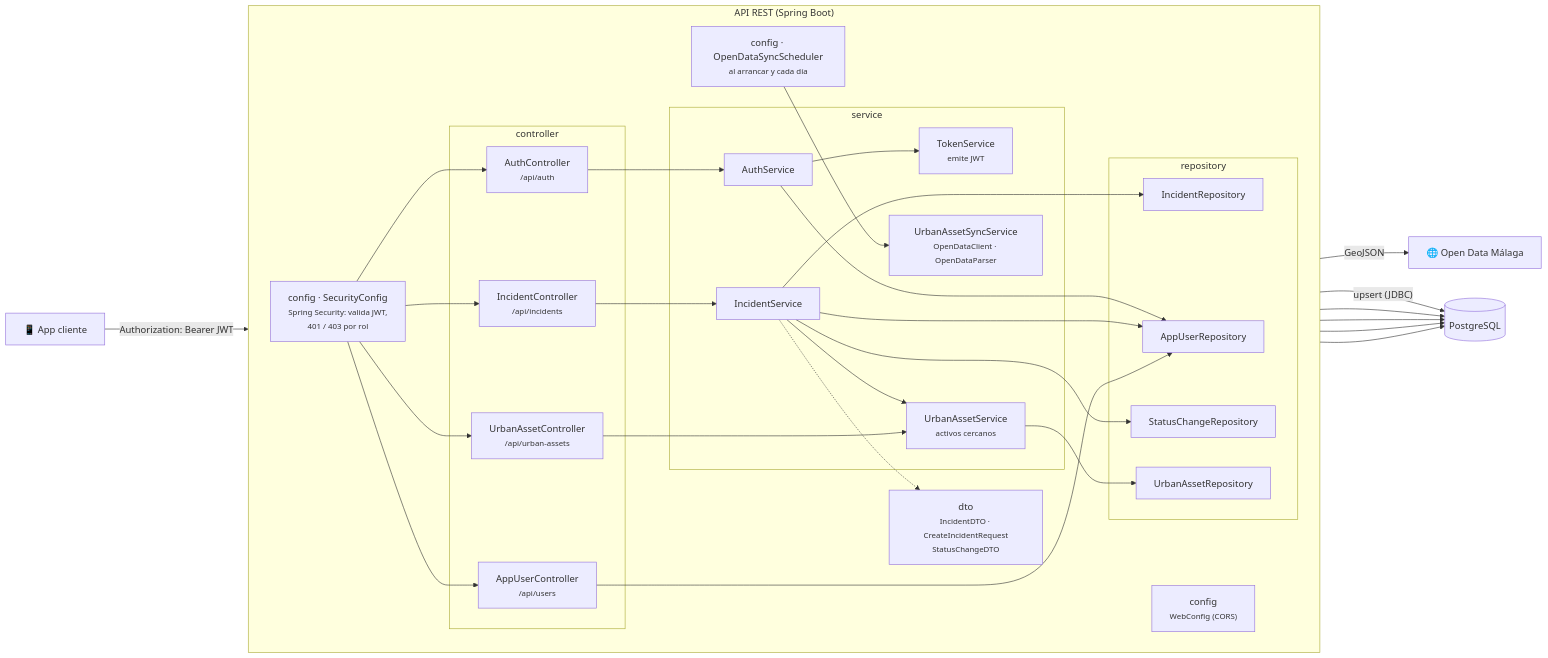
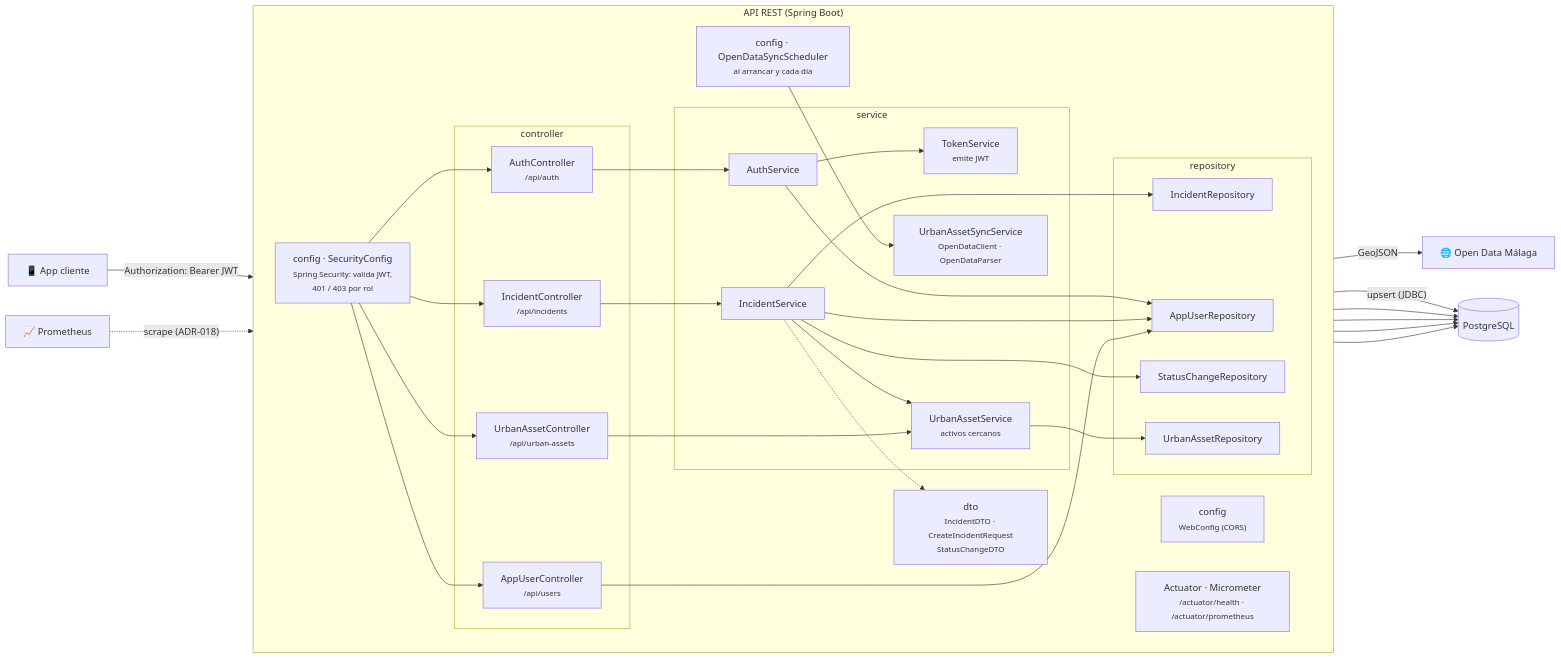
Before and after one commit to JANUEVE5/UrbanPulse: the third of 6 diagrams in docs/architecture.md, drawn with Mermaid. The commit also changed other lines of this file and 2 other files, not shown here.

Commit message:
docs(adr): añadir adr-018 sobre observabilidad y pruebas de carga

````diff
--- a/docs/architecture.md
+++ b/docs/architecture.md
@@ -109,49 +120,51 @@
 ```mermaid
 flowchart LR
     client["📱 App cliente"]
 
     subgraph api["API REST (Spring Boot)"]
         direction LR
         subgraph web["controller"]
             ac["AuthController<br/><small>/api/auth</small>"]
             ic["IncidentController<br/><small>/api/incidents</small>"]
             uc["AppUserController<br/><small>/api/users</small>"]
             uac["UrbanAssetController<br/><small>/api/urban-assets</small>"]
         end
         subgraph svc["service"]
             as["AuthService"]
             ts["TokenService<br/><small>emite JWT</small>"]
             is["IncidentService"]
             uas["UrbanAssetService<br/><small>activos cercanos</small>"]
             sync["UrbanAssetSyncService<br/><small>OpenDataClient · OpenDataParser</small>"]
         end
         subgraph repo["repository"]
             ir["IncidentRepository"]
             sr["StatusChangeRepository"]
             ur["AppUserRepository"]
             ar["UrbanAssetRepository"]
         end
         dto["dto<br/><small>IncidentDTO · CreateIncidentRequest<br/>StatusChangeDTO</small>"]
         sec["config · SecurityConfig<br/><small>Spring Security: valida JWT,<br/>401 / 403 por rol</small>"]
         cfg["config<br/><small>WebConfig (CORS)</small>"]
         sched["config · OpenDataSyncScheduler<br/><small>al arrancar y cada día</small>"]
+        act["Actuator · Micrometer<br/><small>/actuator/health · /actuator/prometheus</small>"]
     end
 
     db[("PostgreSQL")]
     odm["🌐 Open Data Málaga"]
 
     client -- "Authorization: Bearer JWT" --> sec
+    prom["📈 Prometheus"] -. "scrape (ADR-018)" .-> act
     sec --> ac & ic & uc & uac
     ac --> as
     as --> ts & ur
     ic --> is
     is --> ir & sr & ur & uas
     uac --> uas
     uas --> ar
     sched --> sync
     sync -- "GeoJSON" --> odm
     sync -- "upsert (JDBC)" --> db
     uc --> ur
     is -.-> dto
     ir & sr & ur & ar --> db
 ```
````
